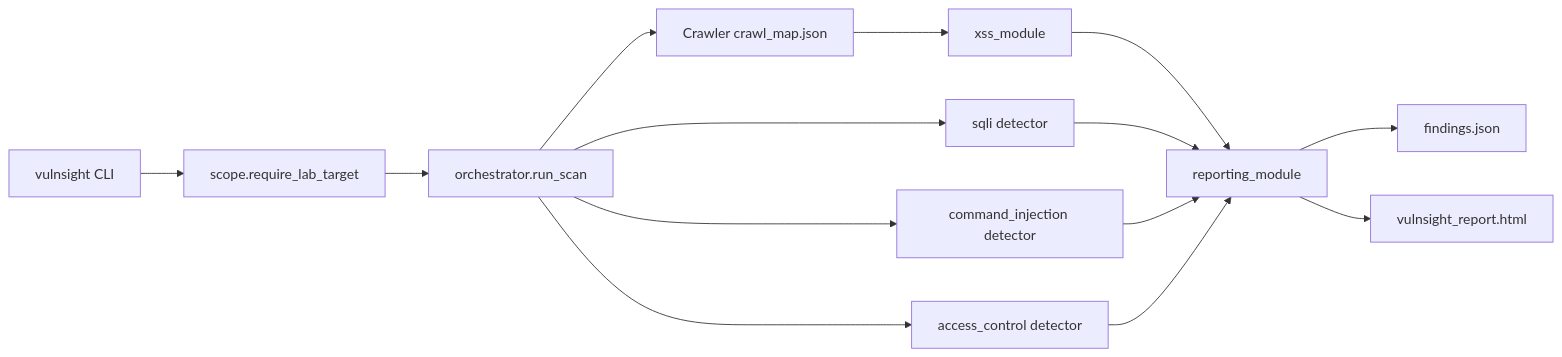
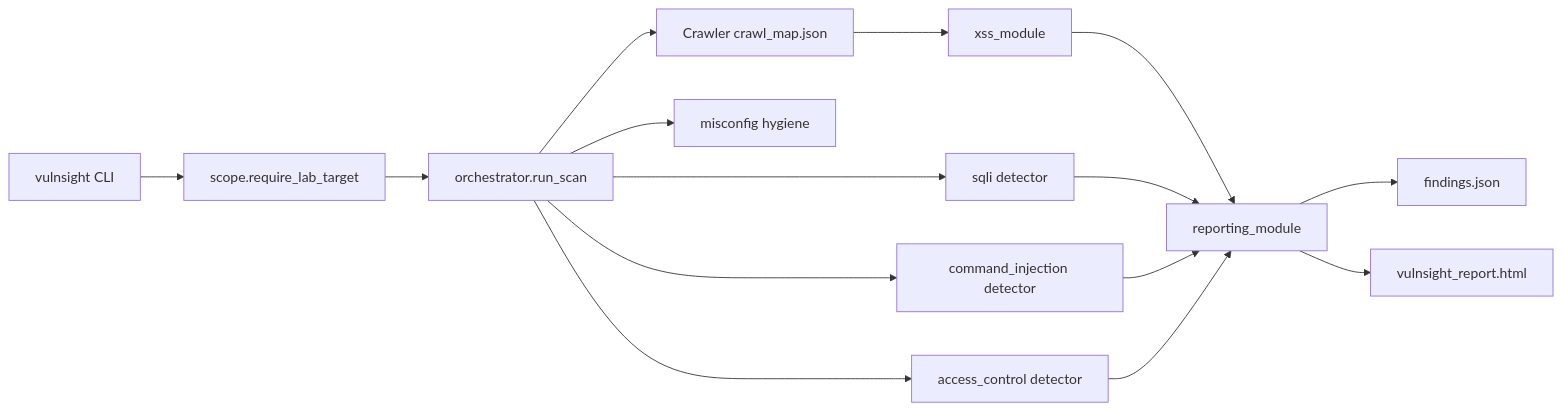
The diagram in docs/ARCHITECTURE.md (epedev/Web-Vuln-Scanner), drawn with Mermaid before and after one commit. The commit also changed other lines of this file and 19 other files, not shown here.

````diff
--- a/docs/ARCHITECTURE.md
+++ b/docs/ARCHITECTURE.md
@@ -5,16 +5,17 @@
 ```mermaid
 flowchart LR
   CLI[vulnsight CLI] --> Scope[scope.require_lab_target]
   Scope --> Orch[orchestrator.run_scan]
   Orch --> Recon[Crawler crawl_map.json]
   Recon --> XSS[xss_module]
   Orch --> SQLi[sqli detector]
   Orch --> CMD[command_injection detector]
   Orch --> AC[access_control detector]
+  Orch --> Misc[misconfig hygiene]
   XSS --> Report[reporting_module]
   SQLi --> Report
   CMD --> Report
   AC --> Report
   Report --> JSON[findings.json]
   Report --> HTML[vulnsight_report.html]
 ```
````
